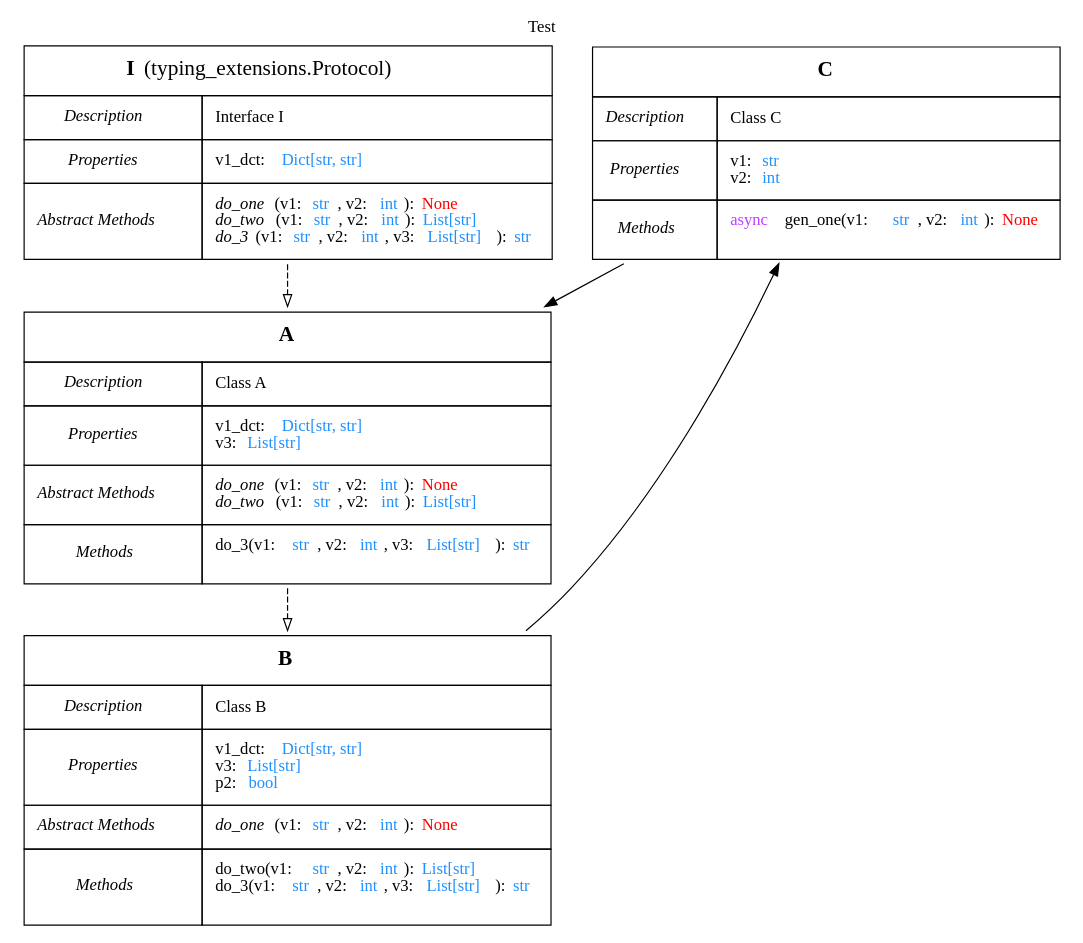
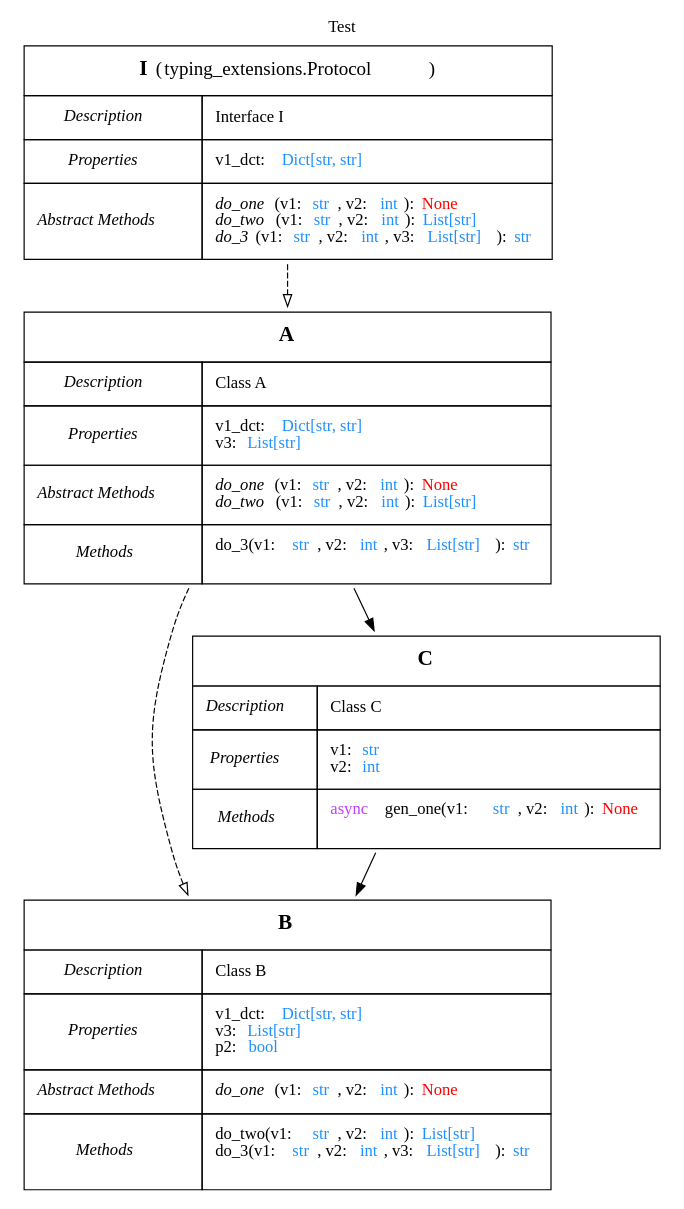
Before and after one commit to KCarretto/pyviz: the diagram in docs/source/diagrams/simple_example.dot, drawn with Graphviz. The commit also changed 2 other files, not shown here.

```diff
--- a/docs/source/diagrams/simple_example.dot
+++ b/docs/source/diagrams/simple_example.dot
@@ -1,108 +1,112 @@
 digraph graph_test {
 
     /*
      * GRAPH ATTRIBUTES
      */
 
     labelloc="top"
     name="graph_test"
     label="Test"
 
 
     /*
      * NODE DEFINITIONS
      */
 
     /* Classes */
     I [
         shape=none
         portPos="t"
-        label=<<TABLE port="t" border="0" cellborder="1" cellspacing="0" cellpadding="10"><TR><TD colspan='2'><FONT POINT-SIZE="18"><B>I </B>(typing_extensions.Protocol)</FONT></TD></TR><TR>
-                    <TD><I>Description</I></TD>
-                    <TD align="left">Interface I</TD>
-                </TR><TR>
-                    <TD><I>Properties</I></TD>
-                    <TD align="left">v1_dct: <FONT COLOR="dodgerblue">Dict[str, str]</FONT><BR ALIGN="LEFT"/></TD>
-                </TR><TR>
-                    <TD><I>Abstract Methods</I></TD>
-                    <TD align="left"><I>do_one</I>(v1: <FONT COLOR="dodgerblue">str</FONT>, v2: <FONT COLOR="dodgerblue">int</FONT>): <FONT COLOR="red">None</FONT><BR ALIGN="LEFT"/><I>do_two</I>(v1: <FONT COLOR="dodgerblue">str</FONT>, v2: <FONT COLOR="dodgerblue">int</FONT>): <FONT COLOR="dodgerblue">List[str]</FONT><BR ALIGN="LEFT"/><I>do_3</I>(v1: <FONT COLOR="dodgerblue">str</FONT>, v2: <FONT COLOR="dodgerblue">int</FONT>, v3: <FONT COLOR="dodgerblue">List[str]</FONT>): <FONT COLOR="dodgerblue">str</FONT><BR ALIGN="LEFT"/></TD>
-                </TR></TABLE>
+        label=<<TABLE port="t" border="0" cellborder="1" cellspacing="0" cellpadding="10">
+            <TR><TD colspan="2"><FONT POINT-SIZE="18"><B>I</B></FONT> <FONT POINT-SIZE="16">(<FONT POINT-SIZE="16">typing_extensions.Protocol</FONT>)</FONT></TD></TR><TR>
+                <TD><I>Description</I></TD>
+                <TD align="left">Interface I<BR ALIGN='LEFT'/></TD>
+            </TR><TR>
+                <TD><I>Properties</I></TD>
+                <TD align="left">v1_dct: <FONT COLOR="dodgerblue">Dict[str, str]</FONT><BR ALIGN="LEFT"/></TD>
+            </TR><TR>
+                <TD><I>Abstract Methods</I></TD>
+                <TD align="left"><I>do_one</I>(v1: <FONT COLOR="dodgerblue">str</FONT>, v2: <FONT COLOR="dodgerblue">int</FONT>): <FONT COLOR="red">None</FONT><BR ALIGN="LEFT"/><I>do_two</I>(v1: <FONT COLOR="dodgerblue">str</FONT>, v2: <FONT COLOR="dodgerblue">int</FONT>): <FONT COLOR="dodgerblue">List[str]</FONT><BR ALIGN="LEFT"/><I>do_3</I>(v1: <FONT COLOR="dodgerblue">str</FONT>, v2: <FONT COLOR="dodgerblue">int</FONT>, v3: <FONT COLOR="dodgerblue">List[str]</FONT>): <FONT COLOR="dodgerblue">str</FONT><BR ALIGN="LEFT"/></TD>
+            </TR></TABLE>
         >
     ]; /* End I */
 
     A [
         shape=none
         portPos="t"
-        label=<<TABLE port="t" border="0" cellborder="1" cellspacing="0" cellpadding="10"><TR><TD colspan='2'><FONT POINT-SIZE="18"><B>A</B></FONT></TD></TR><TR>
-                    <TD><I>Description</I></TD>
-                    <TD align="left">Class A</TD>
-                </TR><TR>
-                    <TD><I>Properties</I></TD>
-                    <TD align="left">v1_dct: <FONT COLOR="dodgerblue">Dict[str, str]</FONT><BR ALIGN="LEFT"/>v3: <FONT COLOR="dodgerblue">List[str]</FONT><BR ALIGN="LEFT"/></TD>
-                </TR><TR>
-                    <TD><I>Abstract Methods</I></TD>
-                    <TD align="left"><I>do_one</I>(v1: <FONT COLOR="dodgerblue">str</FONT>, v2: <FONT COLOR="dodgerblue">int</FONT>): <FONT COLOR="red">None</FONT><BR ALIGN="LEFT"/><I>do_two</I>(v1: <FONT COLOR="dodgerblue">str</FONT>, v2: <FONT COLOR="dodgerblue">int</FONT>): <FONT COLOR="dodgerblue">List[str]</FONT><BR ALIGN="LEFT"/></TD>
-                </TR><TR>
-                    <TD><I>Methods</I></TD>
-                    <TD align="left">do_3(v1: <FONT COLOR="dodgerblue">str</FONT>, v2: <FONT COLOR="dodgerblue">int</FONT>, v3: <FONT COLOR="dodgerblue">List[str]</FONT>): <FONT COLOR="dodgerblue">str</FONT><BR ALIGN="LEFT"/>
-                    </TD>
-                </TR></TABLE>
+        label=<<TABLE port="t" border="0" cellborder="1" cellspacing="0" cellpadding="10">
+            <TR><TD colspan="2"><FONT POINT-SIZE="18"><B>A</B></FONT></TD></TR><TR>
+                <TD><I>Description</I></TD>
+                <TD align="left">Class A<BR ALIGN='LEFT'/></TD>
+            </TR><TR>
+                <TD><I>Properties</I></TD>
+                <TD align="left">v1_dct: <FONT COLOR="dodgerblue">Dict[str, str]</FONT><BR ALIGN="LEFT"/>v3: <FONT COLOR="dodgerblue">List[str]</FONT><BR ALIGN="LEFT"/></TD>
+            </TR><TR>
+                <TD><I>Abstract Methods</I></TD>
+                <TD align="left"><I>do_one</I>(v1: <FONT COLOR="dodgerblue">str</FONT>, v2: <FONT COLOR="dodgerblue">int</FONT>): <FONT COLOR="red">None</FONT><BR ALIGN="LEFT"/><I>do_two</I>(v1: <FONT COLOR="dodgerblue">str</FONT>, v2: <FONT COLOR="dodgerblue">int</FONT>): <FONT COLOR="dodgerblue">List[str]</FONT><BR ALIGN="LEFT"/></TD>
+            </TR><TR>
+                <TD><I>Methods</I></TD>
+                <TD align="left">do_3(v1: <FONT COLOR="dodgerblue">str</FONT>, v2: <FONT COLOR="dodgerblue">int</FONT>, v3: <FONT COLOR="dodgerblue">List[str]</FONT>): <FONT COLOR="dodgerblue">str</FONT><BR ALIGN="LEFT"/>
+                </TD>
+            </TR></TABLE>
         >
     ]; /* End A */
 
     B [
         shape=none
         portPos="t"
-        label=<<TABLE port="t" border="0" cellborder="1" cellspacing="0" cellpadding="10"><TR><TD colspan='2'><FONT POINT-SIZE="18"><B>B</B></FONT></TD></TR><TR>
-                    <TD><I>Description</I></TD>
-                    <TD align="left">Class B</TD>
-                </TR><TR>
-                    <TD><I>Properties</I></TD>
-                    <TD align="left">v1_dct: <FONT COLOR="dodgerblue">Dict[str, str]</FONT><BR ALIGN="LEFT"/>v3: <FONT COLOR="dodgerblue">List[str]</FONT><BR ALIGN="LEFT"/>p2: <FONT COLOR="dodgerblue">bool</FONT><BR ALIGN="LEFT"/></TD>
-                </TR><TR>
-                    <TD><I>Abstract Methods</I></TD>
-                    <TD align="left"><I>do_one</I>(v1: <FONT COLOR="dodgerblue">str</FONT>, v2: <FONT COLOR="dodgerblue">int</FONT>): <FONT COLOR="red">None</FONT><BR ALIGN="LEFT"/></TD>
-                </TR><TR>
-                    <TD><I>Methods</I></TD>
-                    <TD align="left">do_two(v1: <FONT COLOR="dodgerblue">str</FONT>, v2: <FONT COLOR="dodgerblue">int</FONT>): <FONT COLOR="dodgerblue">List[str]</FONT><BR ALIGN="LEFT"/>do_3(v1: <FONT COLOR="dodgerblue">str</FONT>, v2: <FONT COLOR="dodgerblue">int</FONT>, v3: <FONT COLOR="dodgerblue">List[str]</FONT>): <FONT COLOR="dodgerblue">str</FONT><BR ALIGN="LEFT"/>
-                    </TD>
-                </TR></TABLE>
+        label=<<TABLE port="t" border="0" cellborder="1" cellspacing="0" cellpadding="10">
+            <TR><TD colspan="2"><FONT POINT-SIZE="18"><B>B</B></FONT></TD></TR><TR>
+                <TD><I>Description</I></TD>
+                <TD align="left">Class B<BR ALIGN='LEFT'/></TD>
+            </TR><TR>
+                <TD><I>Properties</I></TD>
+                <TD align="left">v1_dct: <FONT COLOR="dodgerblue">Dict[str, str]</FONT><BR ALIGN="LEFT"/>v3: <FONT COLOR="dodgerblue">List[str]</FONT><BR ALIGN="LEFT"/>p2: <FONT COLOR="dodgerblue">bool</FONT><BR ALIGN="LEFT"/></TD>
+            </TR><TR>
+                <TD><I>Abstract Methods</I></TD>
+                <TD align="left"><I>do_one</I>(v1: <FONT COLOR="dodgerblue">str</FONT>, v2: <FONT COLOR="dodgerblue">int</FONT>): <FONT COLOR="red">None</FONT><BR ALIGN="LEFT"/></TD>
+            </TR><TR>
+                <TD><I>Methods</I></TD>
+                <TD align="left">do_two(v1: <FONT COLOR="dodgerblue">str</FONT>, v2: <FONT COLOR="dodgerblue">int</FONT>): <FONT COLOR="dodgerblue">List[str]</FONT><BR ALIGN="LEFT"/>do_3(v1: <FONT COLOR="dodgerblue">str</FONT>, v2: <FONT COLOR="dodgerblue">int</FONT>, v3: <FONT COLOR="dodgerblue">List[str]</FONT>): <FONT COLOR="dodgerblue">str</FONT><BR ALIGN="LEFT"/>
+                </TD>
+            </TR></TABLE>
         >
     ]; /* End B */
 
     C [
         shape=none
         portPos="t"
-        label=<<TABLE port="t" border="0" cellborder="1" cellspacing="0" cellpadding="10"><TR><TD colspan='2'><FONT POINT-SIZE="18"><B>C</B></FONT></TD></TR><TR>
-                    <TD><I>Description</I></TD>
-                    <TD align="left">Class C</TD>
-                </TR><TR>
-                    <TD><I>Properties</I></TD>
-                    <TD align="left">v1: <FONT COLOR="dodgerblue">str</FONT><BR ALIGN="LEFT"/>v2: <FONT COLOR="dodgerblue">int</FONT><BR ALIGN="LEFT"/></TD>
-                </TR><TR>
-                    <TD><I>Methods</I></TD>
-                    <TD align="left"><FONT COLOR="darkorchid1">async </FONT>gen_one(v1: <FONT COLOR="dodgerblue">str</FONT>, v2: <FONT COLOR="dodgerblue">int</FONT>): <FONT COLOR="red">None</FONT><BR ALIGN="LEFT"/>
-                    </TD>
-                </TR></TABLE>
+        label=<<TABLE port="t" border="0" cellborder="1" cellspacing="0" cellpadding="10">
+            <TR><TD colspan="2"><FONT POINT-SIZE="18"><B>C</B></FONT></TD></TR><TR>
+                <TD><I>Description</I></TD>
+                <TD align="left">Class C<BR ALIGN='LEFT'/></TD>
+            </TR><TR>
+                <TD><I>Properties</I></TD>
+                <TD align="left">v1: <FONT COLOR="dodgerblue">str</FONT><BR ALIGN="LEFT"/>v2: <FONT COLOR="dodgerblue">int</FONT><BR ALIGN="LEFT"/></TD>
+            </TR><TR>
+                <TD><I>Methods</I></TD>
+                <TD align="left"><FONT COLOR="darkorchid1">async </FONT>gen_one(v1: <FONT COLOR="dodgerblue">str</FONT>, v2: <FONT COLOR="dodgerblue">int</FONT>): <FONT COLOR="red">None</FONT><BR ALIGN="LEFT"/>
+                </TD>
+            </TR></TABLE>
         >
     ]; /* End C */
 
 
 
     /*
      * EDGE DEFINITIONS
      */
 
     /* Inheritance */
-    I -> A [style=dashed arrowhead=empty];
+    I -> A [ style=dashed arrowhead=empty];
 
-    A -> B [style=dashed arrowhead=empty];
+    A -> B [ style=dashed arrowhead=empty];
 
     /* Dependencies */
-    B -> C  [constraint=false];
+    C -> B
 
 
-    C -> A  [constraint=false];
+    A -> C
 
 
 }
```
